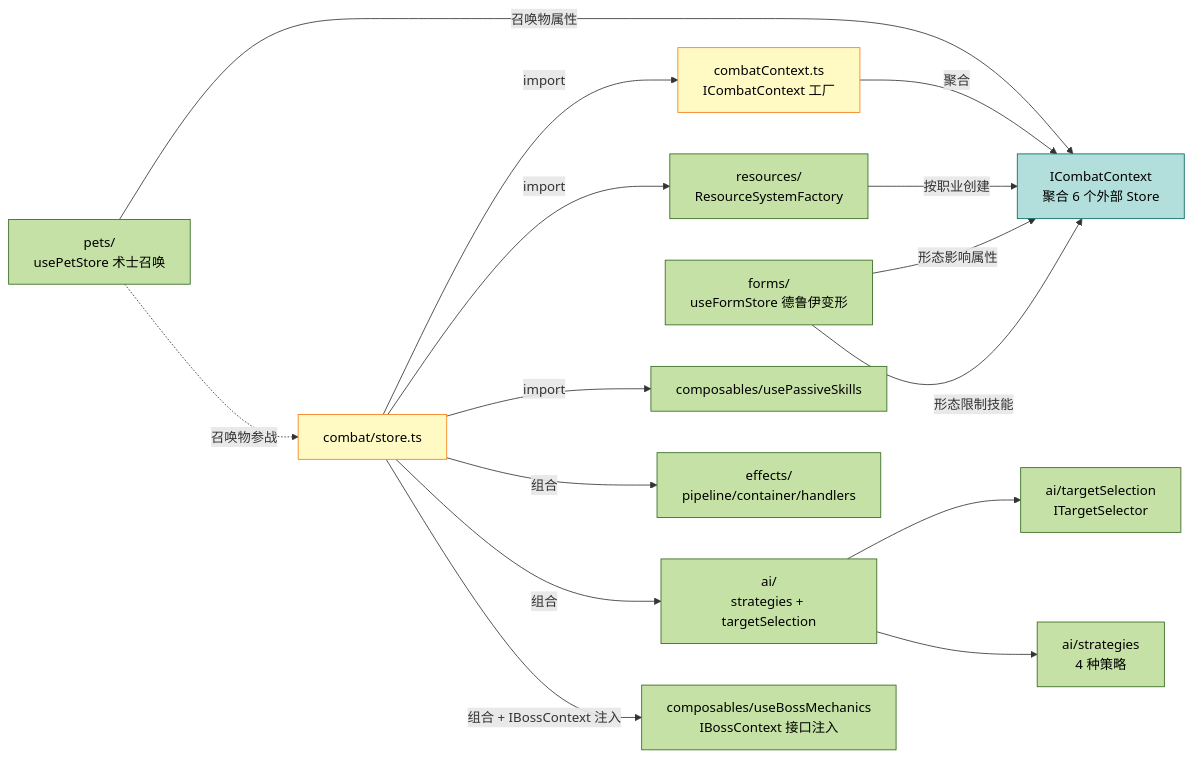
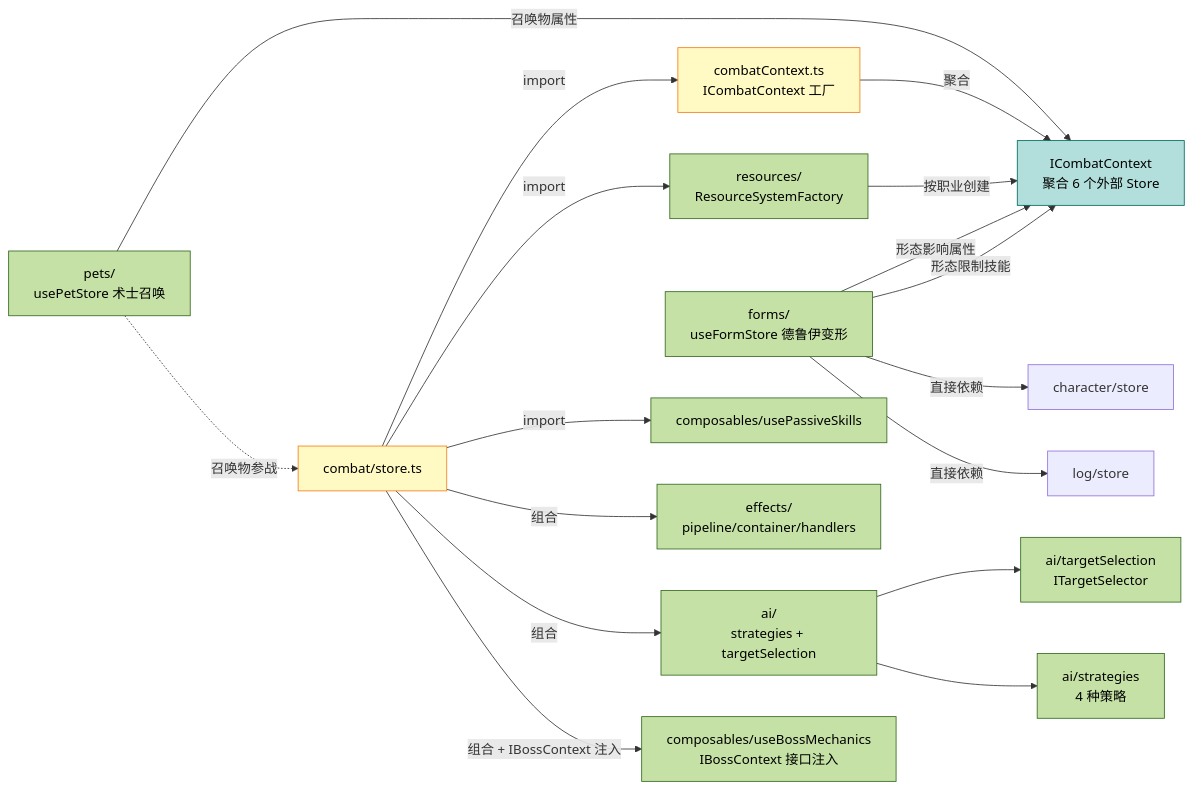
One commit to SonDemigods/wow_dnd changed the fourth of 11 diagrams in doc/project/DEPENDENCY_GRAPH.md. Above: the diagram before and after it, drawn with Mermaid. The commit also changed other lines of this file and 55 other files, not shown here.

````diff
--- a/doc/project/DEPENDENCY_GRAPH.md
+++ b/doc/project/DEPENDENCY_GRAPH.md
@@ -373,47 +395,49 @@
 ```mermaid
 graph LR
     %% ===== 战斗 Store 与子模块 =====
     combatStore[combat/store.ts]
     combatContext[combatContext.ts<br/>ICombatContext 工厂]
     resources[resources/<br/>ResourceSystemFactory]
     passive[composables/usePassiveSkills]
     forms[forms/<br/>useFormStore 德鲁伊变形]
     pets[pets/<br/>usePetStore 术士召唤]
     ai[ai/<br/>strategies + targetSelection]
     effects[effects/<br/>pipeline/container/handlers]
     bossMech[composables/useBossMechanics<br/>IBossContext 接口注入]
 
     %% ===== 跨模块依赖（经 ICombatContext 代理） =====
     ctx[ICombatContext<br/>聚合 6 个外部 Store]
 
     %% ===== store 对子模块的静态依赖 =====
     combatStore -->|import| combatContext
     combatStore -->|import| resources
     combatStore -->|import| passive
     combatStore -->|组合| effects
     combatStore -->|组合| ai
     combatStore -->|组合 + IBossContext 注入| bossMech
 
     %% ===== combatContext 聚合外部 Store =====
     combatContext -->|聚合| ctx
 
     %% ===== 职业差异化子模块对外依赖（经 ctx 或直接） =====
     resources -->|按职业创建| ctx
     forms -->|形态影响属性| ctx
     forms -->|形态限制技能| ctx
+    forms -->|直接依赖| character[character/store]
+    forms -->|直接依赖| log[log/store]
     pets -->|召唤物属性| ctx
     pets -.->|召唤物参战| combatStore
 
     %% ===== AI 子系统内部 =====
     ai --> targetSelection[ai/targetSelection<br/>ITargetSelector]
     ai --> strategies[ai/strategies<br/>4 种策略]
 
     %% ===== 样式 =====
     classDef storeLayer fill:#fff9c4,stroke:#f57f17,color:#000
     classDef subLayer fill:#c5e1a5,stroke:#33691e,color:#000
     classDef ctxLayer fill:#b2dfdb,stroke:#00695c,color:#000
 
     class combatStore,combatContext storeLayer
     class resources,passive,forms,pets,ai,effects,targetSelection,strategies,bossMech subLayer
     class ctx ctxLayer
 ```
````
